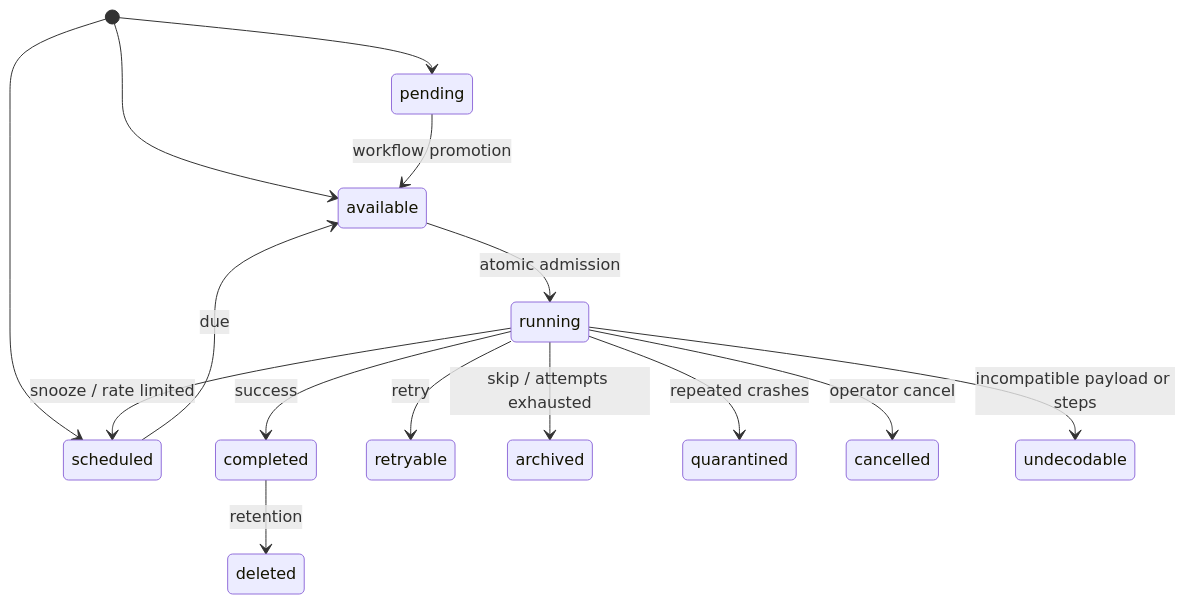
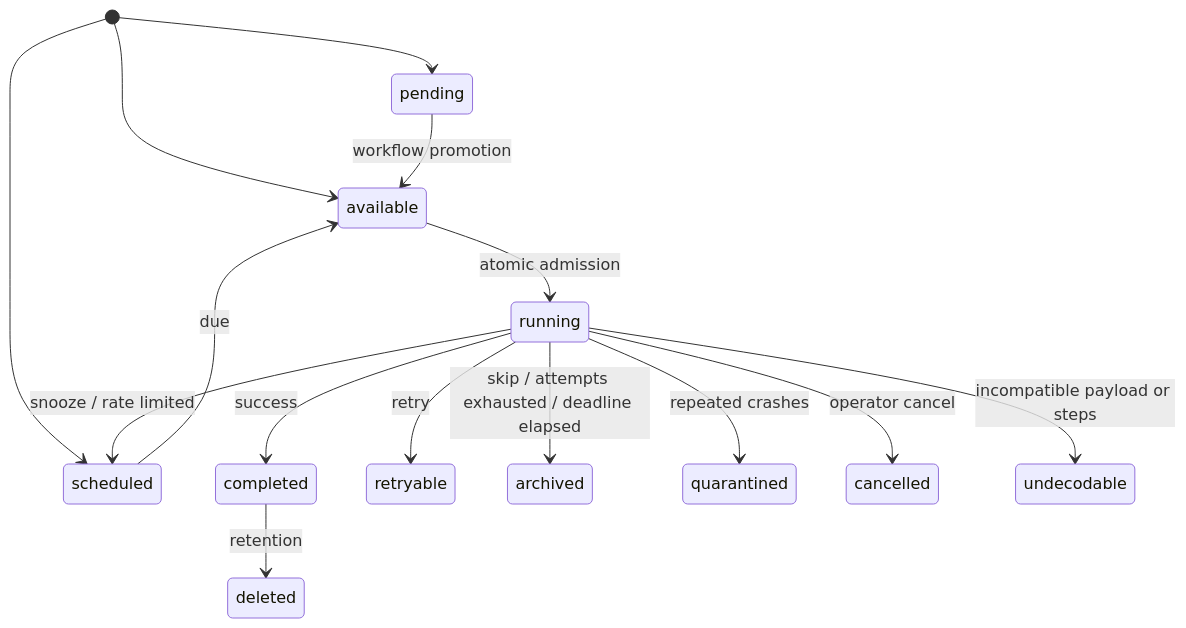
One commit to Mujhtech/headgate changed the diagram in docs/concepts/jobs-and-lifecycle.mdx. Above: the diagram before and after it, drawn with Mermaid. The commit also changed other lines of this file and 7 other files, not shown here.

````diff
--- a/docs/concepts/jobs-and-lifecycle.mdx
+++ b/docs/concepts/jobs-and-lifecycle.mdx
@@ -27,17 +27,17 @@
 ```mermaid
 stateDiagram-v2
   [*] --> available
   [*] --> scheduled
   [*] --> pending
   scheduled --> available: due
   pending --> available: workflow promotion
   available --> running: atomic admission
   running --> completed: success
   running --> retryable: retry
   running --> scheduled: snooze / rate limited
-  running --> archived: skip / attempts exhausted
+  running --> archived: skip / attempts exhausted / deadline elapsed
   running --> quarantined: repeated crashes
   running --> cancelled: operator cancel
   running --> undecodable: incompatible payload or steps
   completed --> deleted: retention
 ```
````
